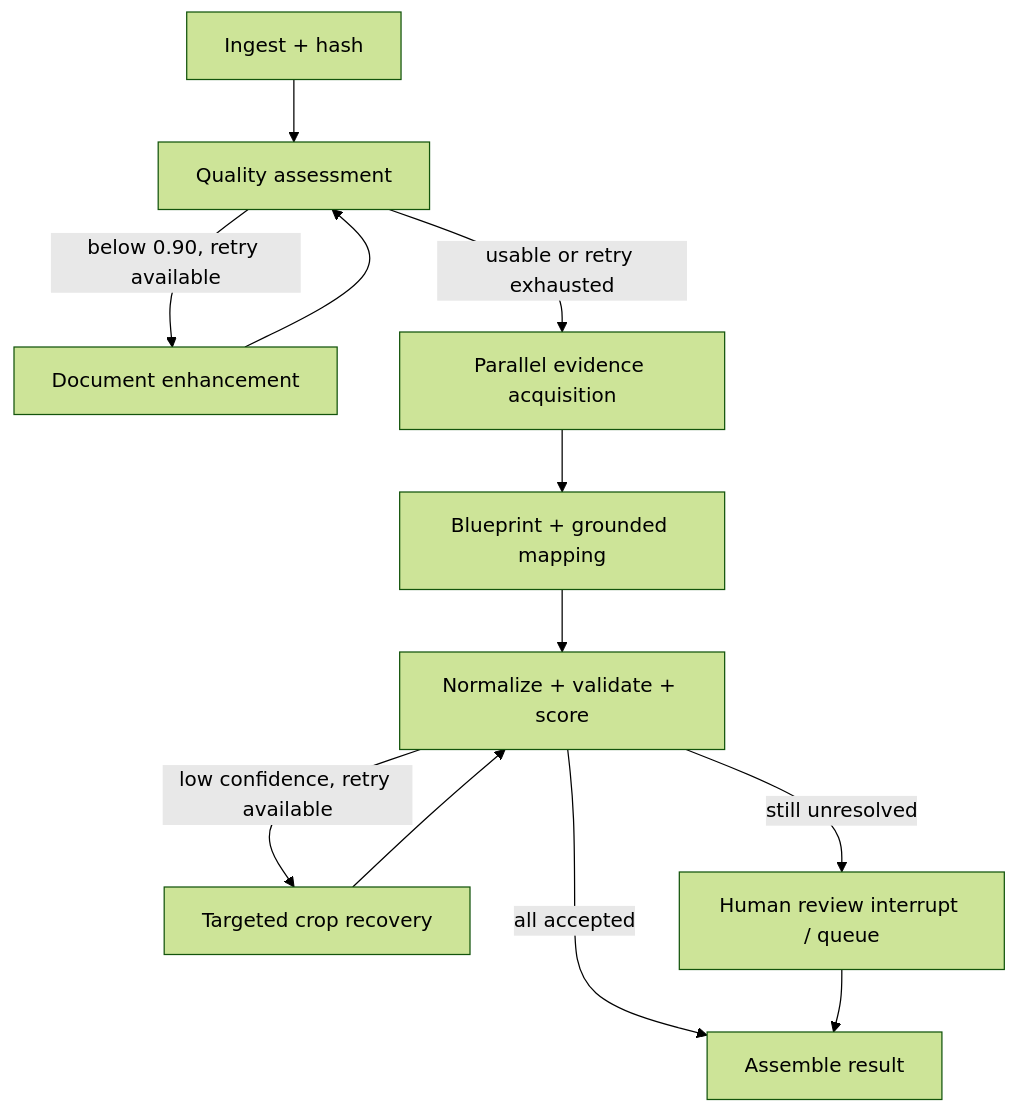
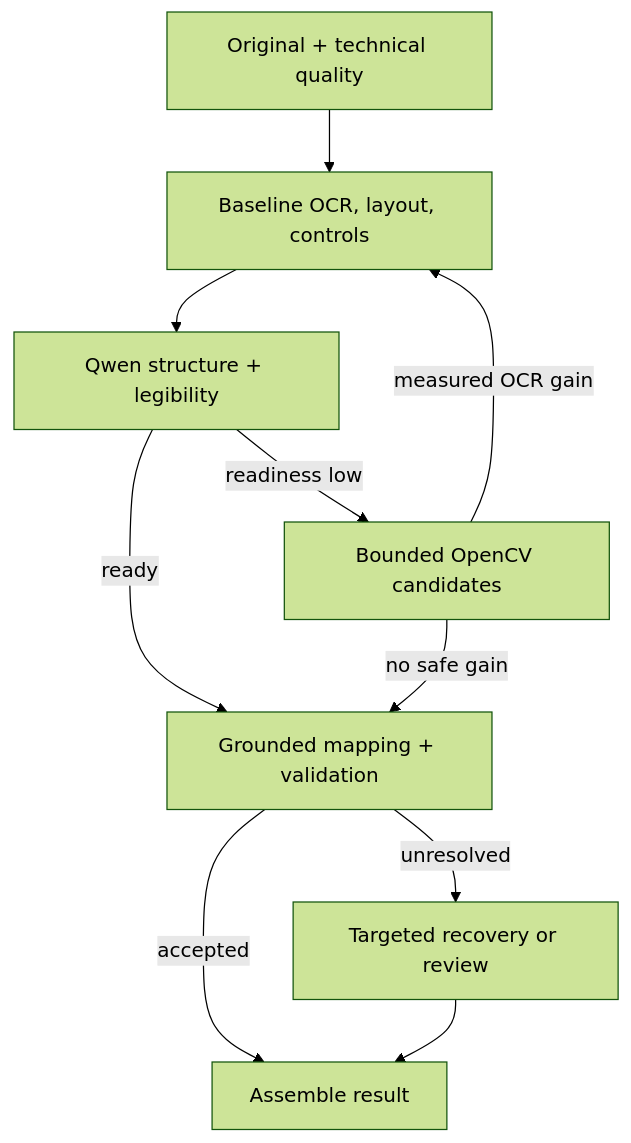
The second of 2 diagrams in ARCHITECTURE.md (adityasingh1993/docuocr-agentic), drawn with Mermaid (forest theme) before and after one commit. The commit also changed other lines of this file and 17 other files, not shown here.

Commit message:
Add VLM-guided document quality enhancement

````diff
--- a/ARCHITECTURE.md
+++ b/ARCHITECTURE.md
@@ -23,14 +23,12 @@
 ```mermaid
 flowchart TD
-    A["Ingest + hash"] --> B["Quality assessment"]
-    B -->|"below 0.90, retry available"| C["Document enhancement"]
-    C --> B
-    B -->|"usable or retry exhausted"| D["Parallel evidence acquisition"]
-    D --> E["Blueprint + grounded mapping"]
-    E --> F["Normalize + validate + score"]
-    F -->|"all accepted"| G["Assemble result"]
-    F -->|"low confidence, retry available"| H["Targeted crop recovery"]
-    H --> F
-    F -->|"still unresolved"| I["Human review interrupt / queue"]
-    I --> G
+    A["Original + technical quality"] --> B["Baseline OCR, layout, controls"]
+    B --> C["Qwen structure + legibility"]
+    C -->|"readiness low"| D["Bounded OpenCV candidates"]
+    D -->|"measured OCR gain"| B
+    C -->|"ready"| E["Grounded mapping + validation"]
+    D -->|"no safe gain"| E
+    E -->|"accepted"| F["Assemble result"]
+    E -->|"unresolved"| G["Targeted recovery or review"]
+    G --> F
 ```
````
